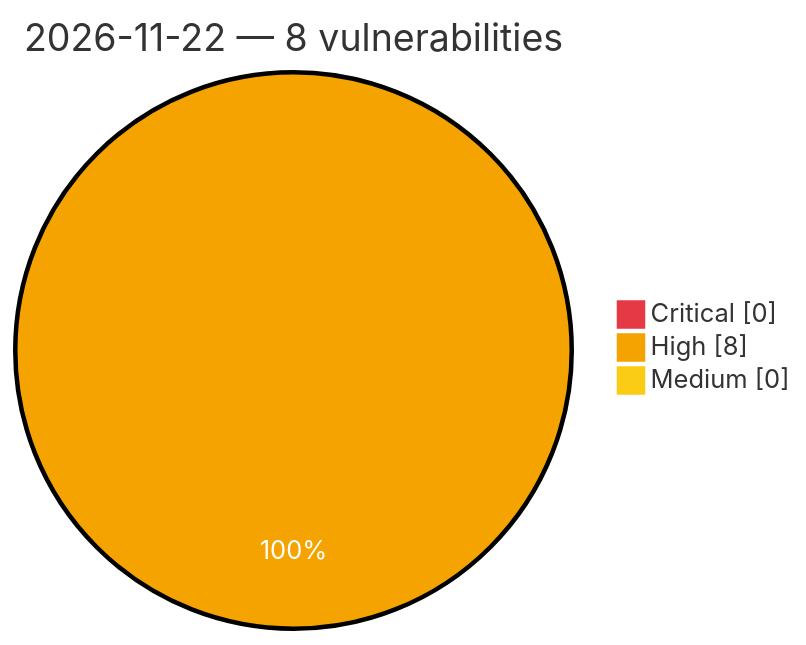
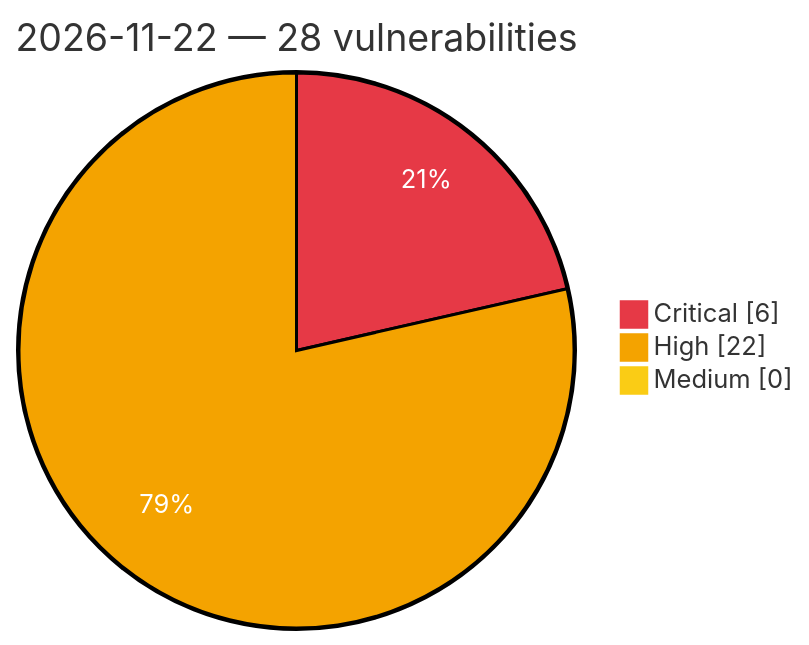
One commit to GhostX0X/vuln-tracker changed the diagram in vulnerabilities/2026/November/2026-11-22.md. Above: the diagram before and after it, drawn with Mermaid. The commit also changed other lines of this file and 5 other files, not shown here.

Commit message:
Auto update: critical/high vulns (2026-11-22 22:03 UTC)

````diff
--- a/vulnerabilities/2026/November/2026-11-22.md
+++ b/vulnerabilities/2026/November/2026-11-22.md
@@ -3,8 +3,8 @@
 ```mermaid
 %%{init: {'theme':'base', 'themeVariables': {'pie1':'#e63946', 'pie2':'#f4a300', 'pie3':'#facc15', 'pieOpacity':'1', 'pieOuterStrokeWidth':'2px', 'pieSectionTextColor':'#ffffff'}}}%%
 pie showData
-    title 2026-11-22 — 8 vulnerabilities
-    "Critical" : 0
-    "High" : 8
+    title 2026-11-22 — 28 vulnerabilities
+    "Critical" : 6
+    "High" : 22
     "Medium" : 0
 ```
````
